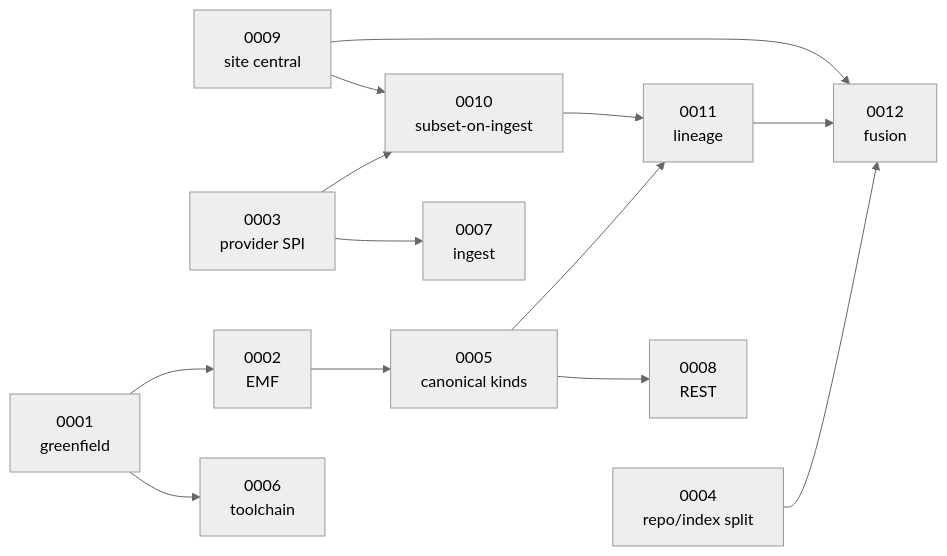
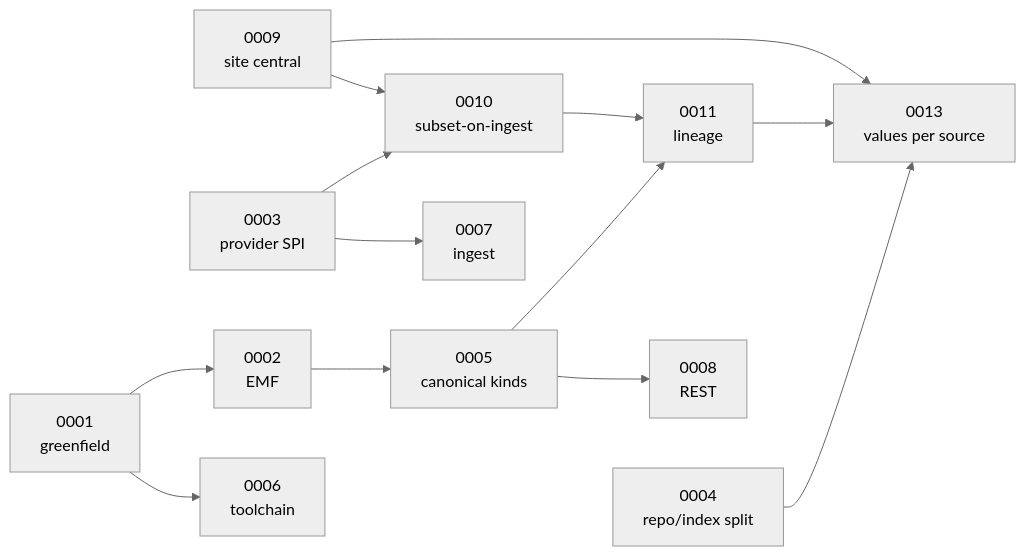
One commit to geckoprojects-org/org.gecko.weather changed the diagram in docs/adr/index.md. Above: the diagram before and after it, drawn with Mermaid (neutral theme). The commit also changed other lines of this file and 71 other files, not shown here.

First line of the commit message:
Model bundle and reframing: a weather backend, values per source

````diff
--- a/docs/adr/index.md
+++ b/docs/adr/index.md
@@ -39,15 +40,15 @@
 ```mermaid
 graph LR
     A9["0009<br/>site central"] --> A10["0010<br/>subset-on-ingest"]
-    A9 --> A12["0012<br/>fusion"]
-    A11["0011<br/>lineage"] --> A12
+    A9 --> A13["0013<br/>values per source"]
+    A11["0011<br/>lineage"] --> A13
     A10 --> A11
     A5["0005<br/>canonical kinds"] --> A11
     A2["0002<br/>EMF"] --> A5
     A3["0003<br/>provider SPI"] --> A10
-    A4["0004<br/>repo/index split"] --> A12
+    A4["0004<br/>repo/index split"] --> A13
     A1["0001<br/>greenfield"] --> A2
     A1 --> A6["0006<br/>toolchain"]
     A3 --> A7["0007<br/>ingest"]
     A5 --> A8["0008<br/>REST"]
 ```
````
